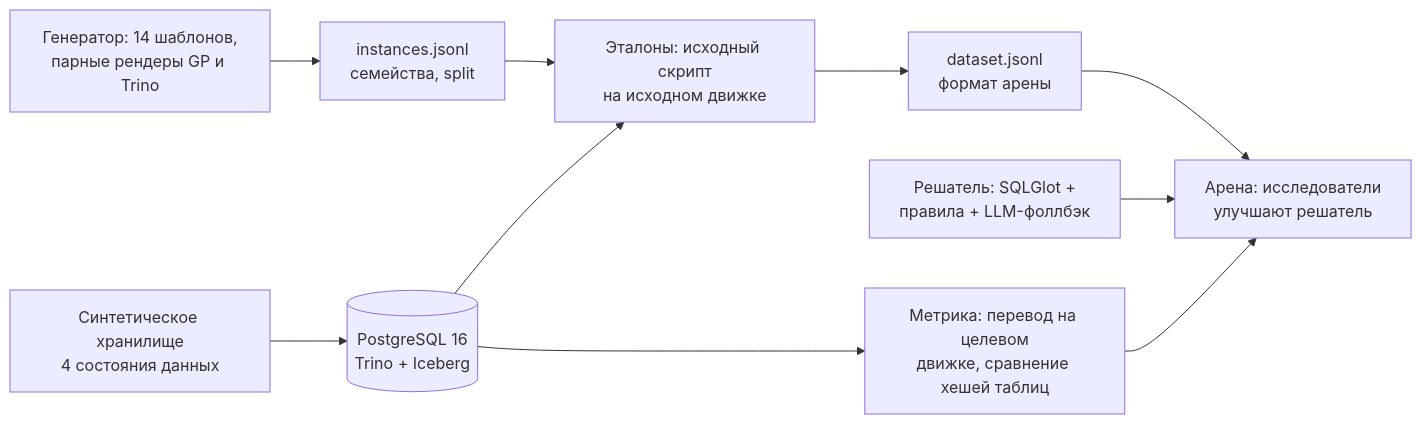
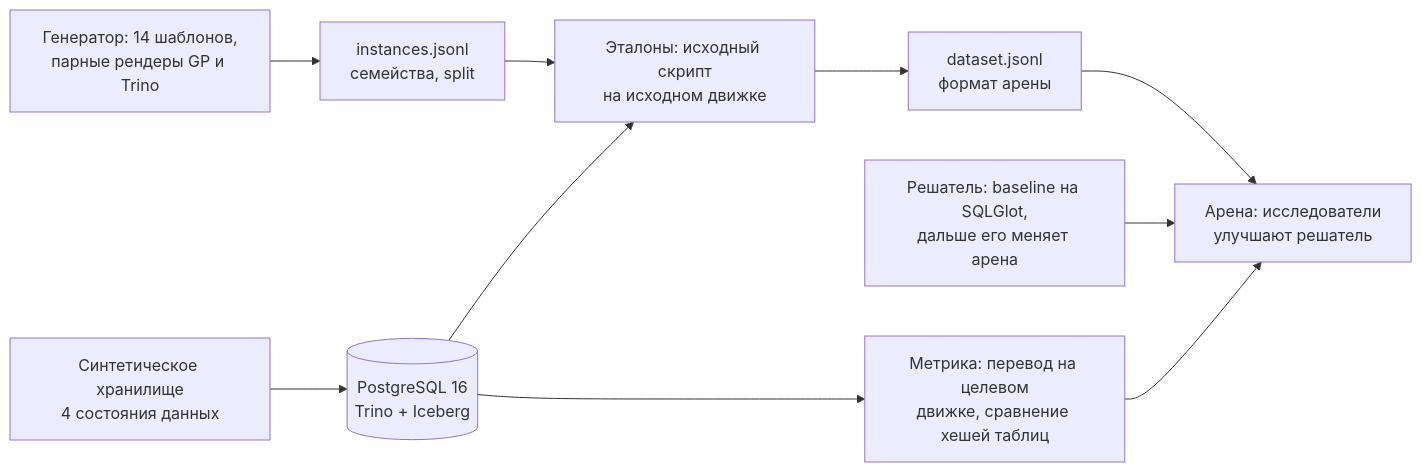
One commit to white-mi/SQL_translator changed the diagram in README.md. Above: the diagram before and after it, drawn with Mermaid. The commit also changed 1 other file, not shown here.

Commit message:
Docs: arena self-checks on own laptop, README solver node
docs/arena.md records the pinned arena's own checks on the laptop:
smoke passes, ruff is clean, 2 of 1633 core tests fail in
tests/test_assets.py on the WSL kernel. The README diagram no longer
claims an LLM fallback in the solver.

````diff
--- a/README.md
+++ b/README.md
@@ -21,12 +21,12 @@
 ```mermaid
 flowchart LR
     G[Генератор: 14 шаблонов,<br/>парные рендеры GP и Trino] --> I[instances.jsonl<br/>семейства, split]
     W[Синтетическое хранилище<br/>4 состояния данных] --> E[(PostgreSQL 16<br/>Trino + Iceberg)]
     I --> R[Эталоны: исходный скрипт<br/>на исходном движке]
     E --> R
     R --> D[dataset.jsonl<br/>формат арены]
     D --> A[Арена: исследователи<br/>улучшают решатель]
-    S[Решатель: SQLGlot +<br/>правила + LLM-фоллбэк] --> A
+    S[Решатель: baseline на SQLGlot,<br/>дальше его меняет арена] --> A
     M[Метрика: перевод на целевом<br/>движке, сравнение хешей таблиц] --> A
     E --> M
 ```
````
